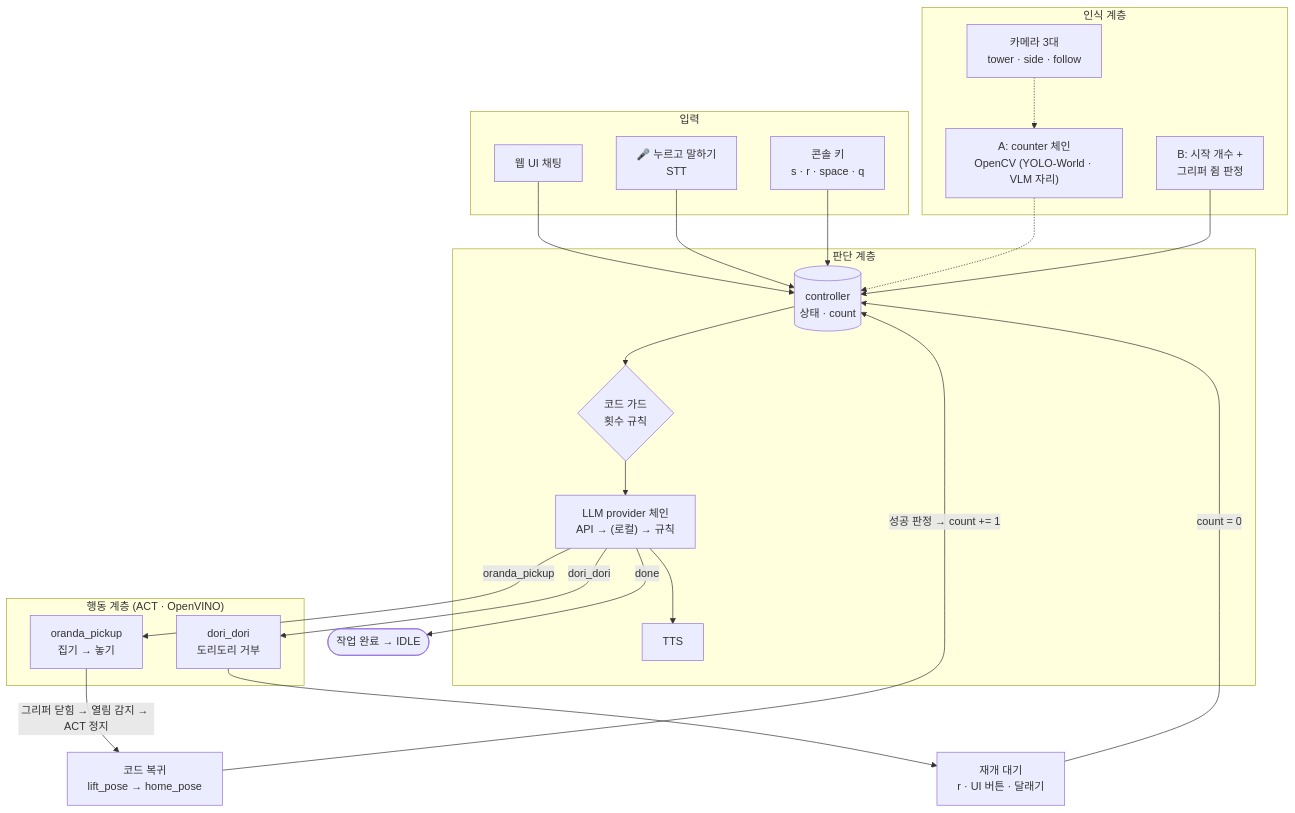
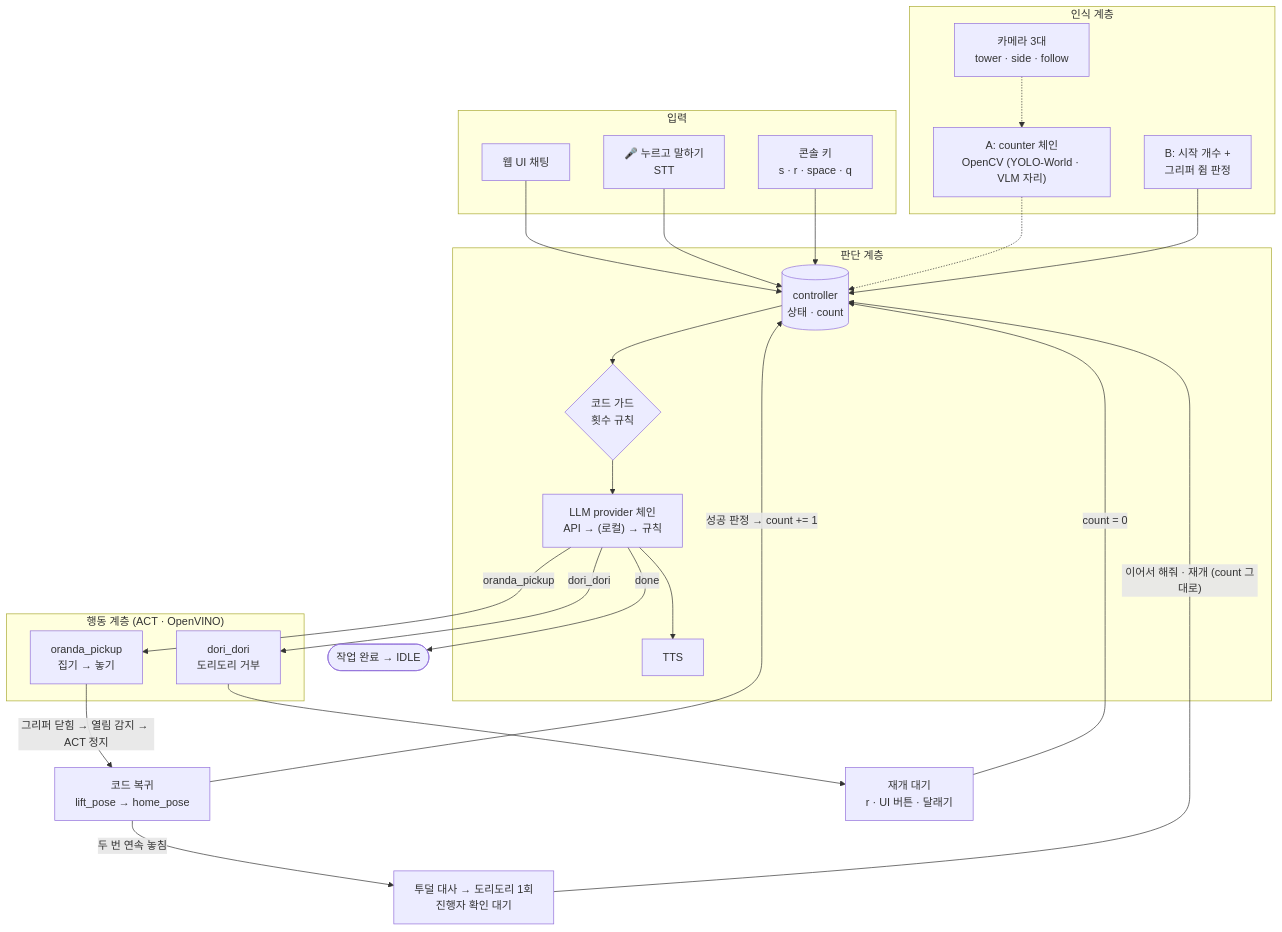
Before and after one commit to ttogle918/intel-openvino-homerunball: the first of 5 diagrams in docs/ARCHITECTURE.md, drawn with Mermaid. The commit also changed other lines of this file and 10 other files, not shown here.

````diff
--- a/docs/ARCHITECTURE.md
+++ b/docs/ARCHITECTURE.md
@@ -7,44 +7,46 @@
 ```mermaid
 flowchart TD
     subgraph IN["입력"]
         UI["웹 UI 채팅"]
         MIC["🎤 누르고 말하기<br/>STT"]
         KEY["콘솔 키<br/>s · r · space · q"]
     end
 
     subgraph P["인식 계층"]
         CAM["카메라 3대<br/>tower · side · follow"]
         CNT_A["A: counter 체인<br/>OpenCV (YOLO-World · VLM 자리)"]
         GRIP["B: 시작 개수 +<br/>그리퍼 쥠 판정"]
     end
 
     subgraph J["판단 계층"]
         CTRL[("controller<br/>상태 · count")]
         GUARD{"코드 가드<br/>횟수 규칙"}
         LLM["LLM provider 체인<br/>API → (로컬) → 규칙"]
         TTS["TTS"]
     end
 
     subgraph A["행동 계층 (ACT · OpenVINO)"]
         S1["oranda_pickup<br/>집기 → 놓기"]
         S2["dori_dori<br/>도리도리 거부"]
     end
 
     HOME["코드 복귀<br/>lift_pose → home_pose"]
 
     UI --> CTRL
     MIC --> CTRL
     KEY --> CTRL
     CAM -.-> CNT_A
     CNT_A -.-> CTRL
     GRIP --> CTRL
     CTRL --> GUARD --> LLM
     LLM --> TTS
     LLM -->|"oranda_pickup"| S1
     LLM -->|"dori_dori"| S2
     LLM -->|"done"| DONE(["작업 완료 → IDLE"])
     S1 -->|"그리퍼 닫힘 → 열림 감지 → ACT 정지"| HOME
     HOME -->|"성공 판정 → count += 1"| CTRL
     S2 --> WAIT["재개 대기<br/>r · UI 버튼 · 달래기"]
     WAIT -->|"count = 0"| CTRL
+    HOME -->|"두 번 연속 놓침"| GIVE["투덜 대사 → 도리도리 1회<br/>진행자 확인 대기"]
+    GIVE -->|"이어서 해줘 · 재개 (count 그대로)"| CTRL
 ```
````
